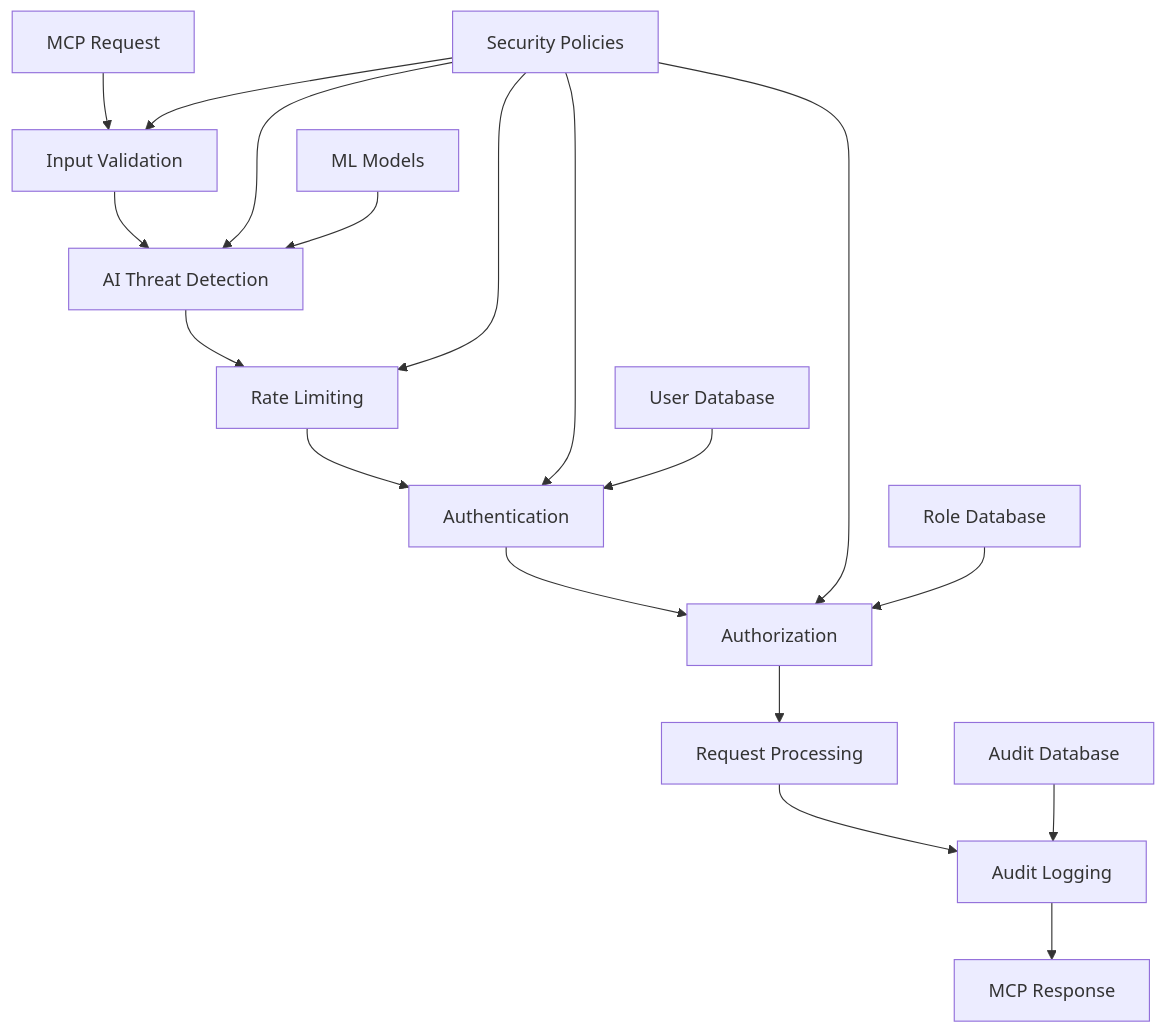
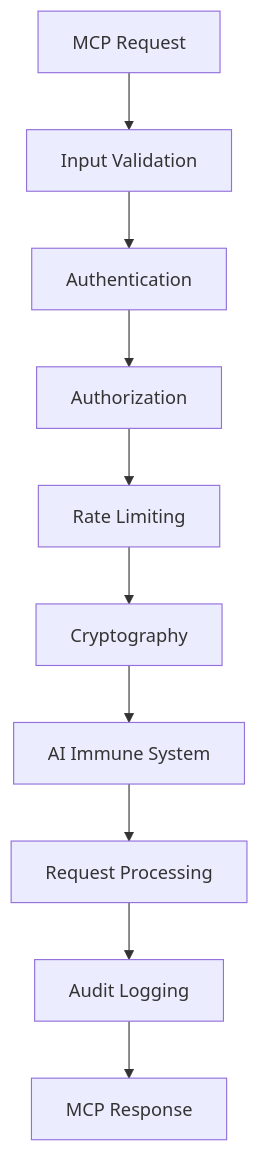
Before and after one commit to wizardscurtain/SMCPv1: the diagram in README.md, drawn with Mermaid. The commit also changed other lines of this file and 68 other files, not shown here.

````diff
--- a/README.md
+++ b/README.md
@@ -181,22 +118,12 @@
 ```mermaid
 graph TB
     A[MCP Request] --> B[Input Validation]
-    B --> C[AI Threat Detection]
-    C --> D[Rate Limiting]
-    D --> E[Authentication]
-    E --> F[Authorization]
-    F --> G[Request Processing]
-    G --> H[Audit Logging]
-    H --> I[MCP Response]
-    
-    J[Security Policies] --> B
-    J --> C
-    J --> D
-    J --> E
-    J --> F
-    
-    K[ML Models] --> C
-    L[User Database] --> E
-    M[Role Database] --> F
-    N[Audit Database] --> H
+    B --> C[Authentication]
+    C --> D[Authorization]
+    D --> E[Rate Limiting]
+    E --> F[Cryptography]
+    F --> G[AI Immune System]
+    G --> H[Request Processing]
+    H --> I[Audit Logging]
+    I --> J[MCP Response]
 ```
````
